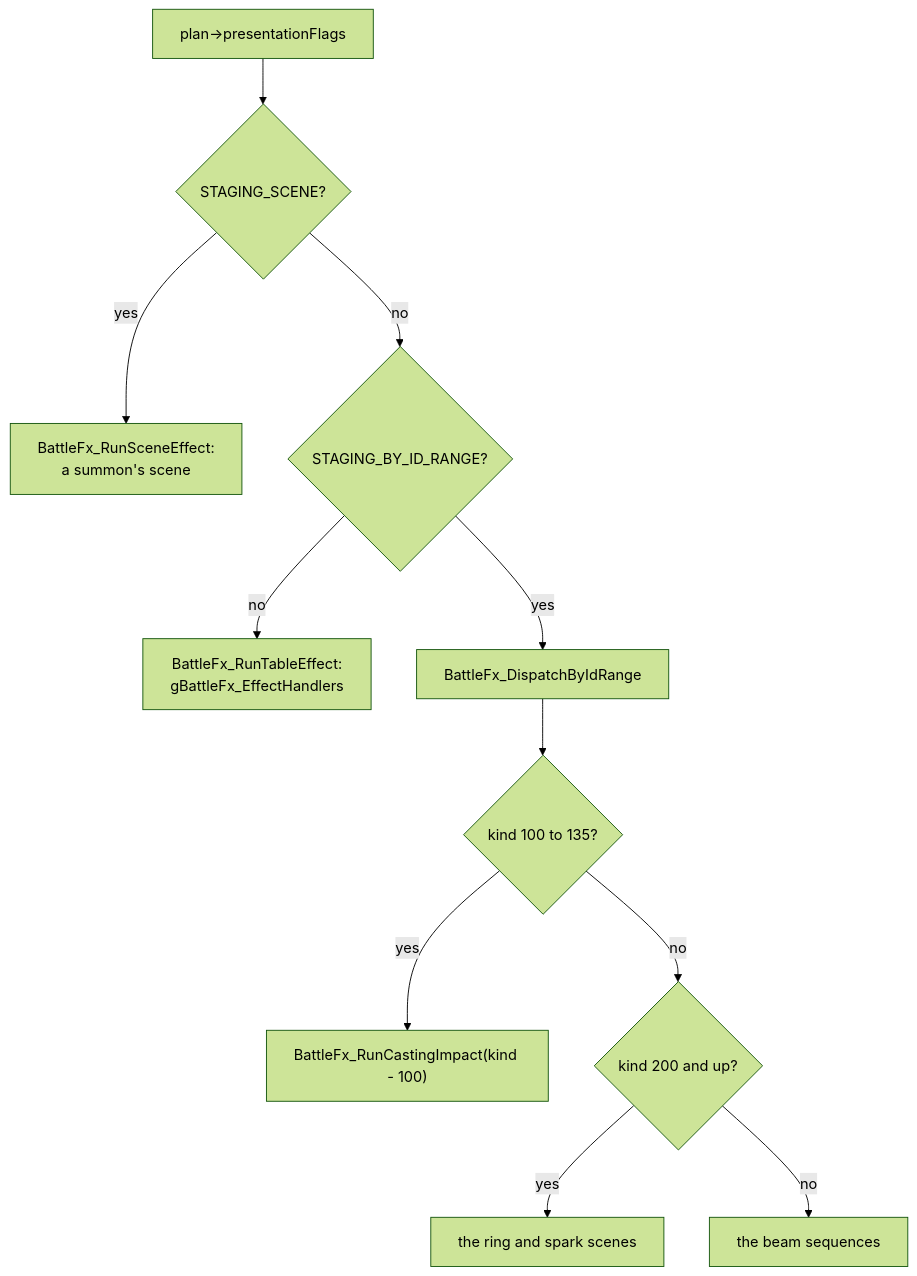
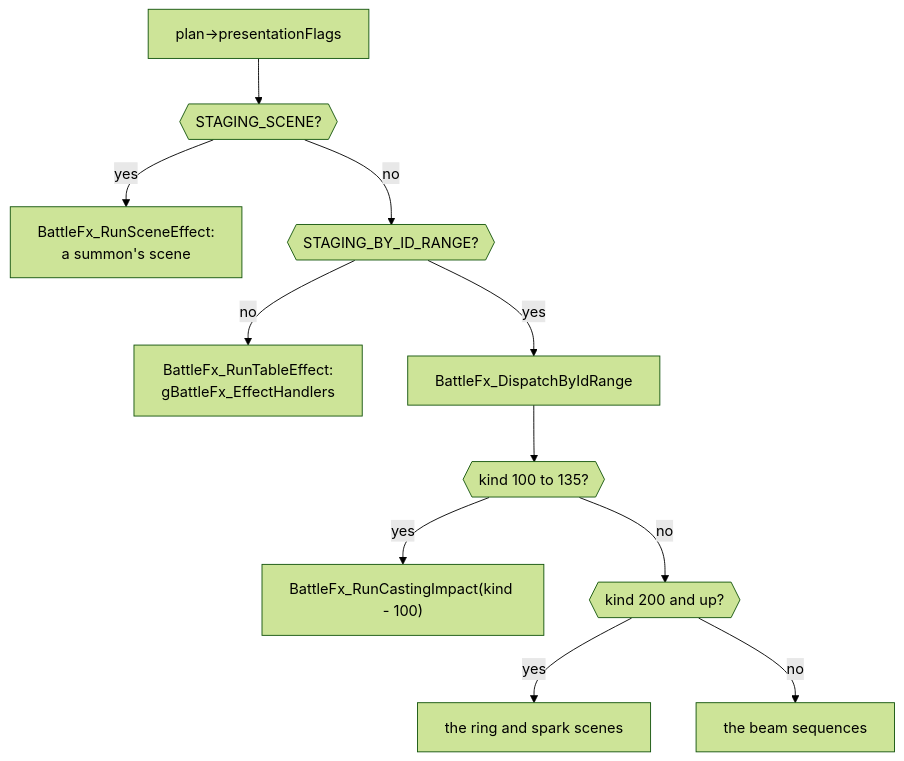
Before and after one commit to PascalPixel/alchemy: the first of 5 diagrams in games/tbs/src/effect/README.md, drawn with Mermaid (forest theme). The commit also changed other lines of this file and 17 other files, not shown here.

First line of the commit message:
Docs: diagrams that draw on the site

````diff
--- a/games/tbs/src/effect/README.md
+++ b/games/tbs/src/effect/README.md
@@ -150,13 +150,13 @@
 ```mermaid
 flowchart TD
-    flags["plan->presentationFlags"] --> scene{"STAGING_SCENE?"}
+    flags["plan->presentationFlags"] --> scene{{"STAGING_SCENE?"}}
     scene -->|yes| sceneFx["BattleFx_RunSceneEffect:<br/>a summon's scene"]
-    scene -->|no| range{"STAGING_BY_ID_RANGE?"}
+    scene -->|no| range{{"STAGING_BY_ID_RANGE?"}}
     range -->|no| table["BattleFx_RunTableEffect:<br/>gBattleFx_EffectHandlers"]
     range -->|yes| byId["BattleFx_DispatchByIdRange"]
-    byId --> impact{"kind 100 to 135?"}
+    byId --> impact{{"kind 100 to 135?"}}
     impact -->|yes| cast["BattleFx_RunCastingImpact(kind - 100)"]
-    impact -->|no| ring{"kind 200 and up?"}
+    impact -->|no| ring{{"kind 200 and up?"}}
     ring -->|yes| rings["the ring and spark scenes"]
     ring -->|no| beams["the beam sequences"]
 ```
````
